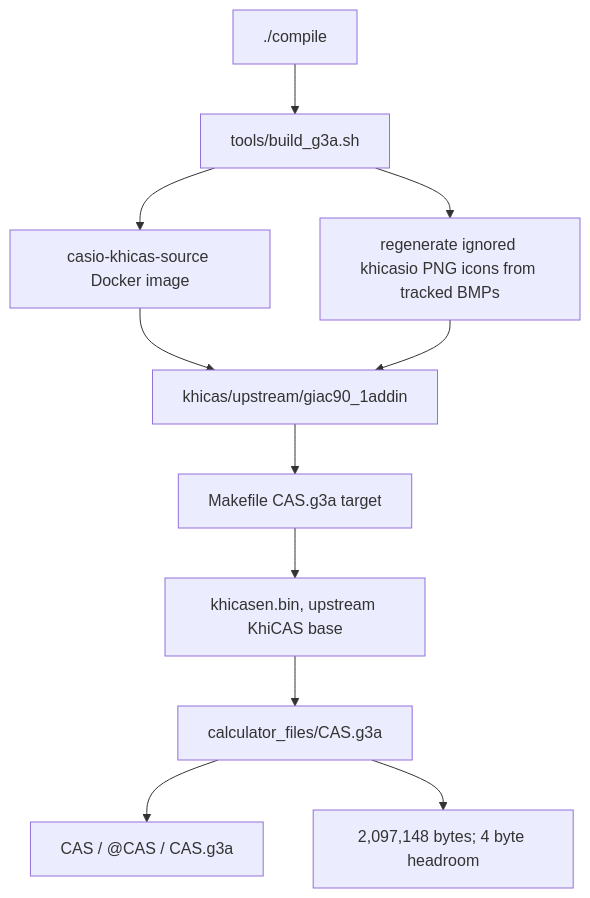
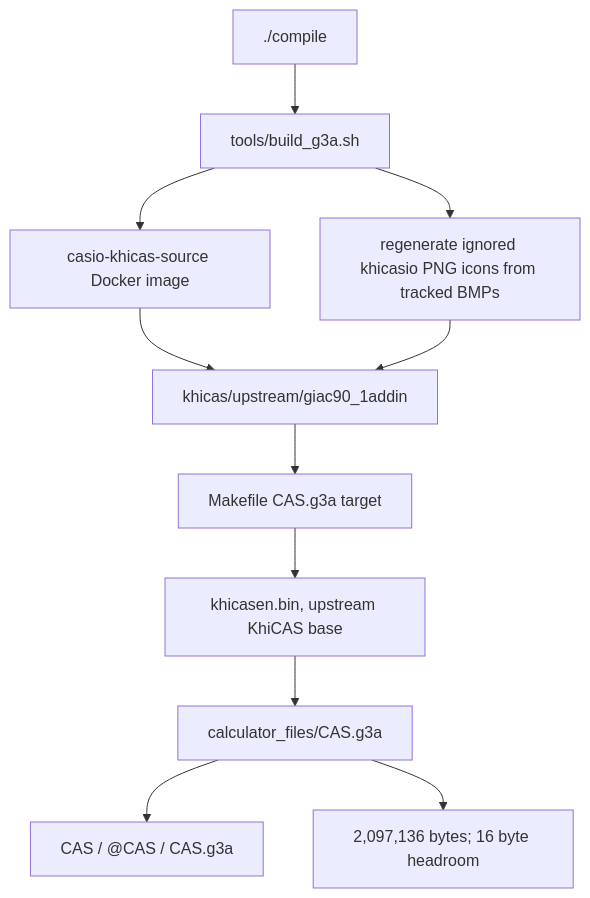
Before and after one commit to james8464/notes-addin-casio-fx-cg50: the first of 6 diagrams in docs/GRAPH.md, drawn with Mermaid. The commit also changed other lines of this file and 3 other files, not shown here.

````diff
--- a/docs/GRAPH.md
+++ b/docs/GRAPH.md
@@ -7,13 +7,13 @@
 ```mermaid
 graph TD
   Compile["./compile"] --> Build["tools/build_g3a.sh"]
   Build --> Docker["casio-khicas-source Docker image"]
   Docker --> Src["khicas/upstream/giac90_1addin"]
   Build --> Icons["regenerate ignored khicasio PNG icons from tracked BMPs"]
   Icons --> Src
   Src --> Make["Makefile CAS.g3a target"]
   Make --> Bin["khicasen.bin, upstream KhiCAS base"]
   Bin --> G3A["calculator_files/CAS.g3a"]
   G3A --> Meta["CAS / @CAS / CAS.g3a"]
-  G3A --> Size["2,097,148 bytes; 4 byte headroom"]
+  G3A --> Size["2,097,136 bytes; 16 byte headroom"]
 ```
````
